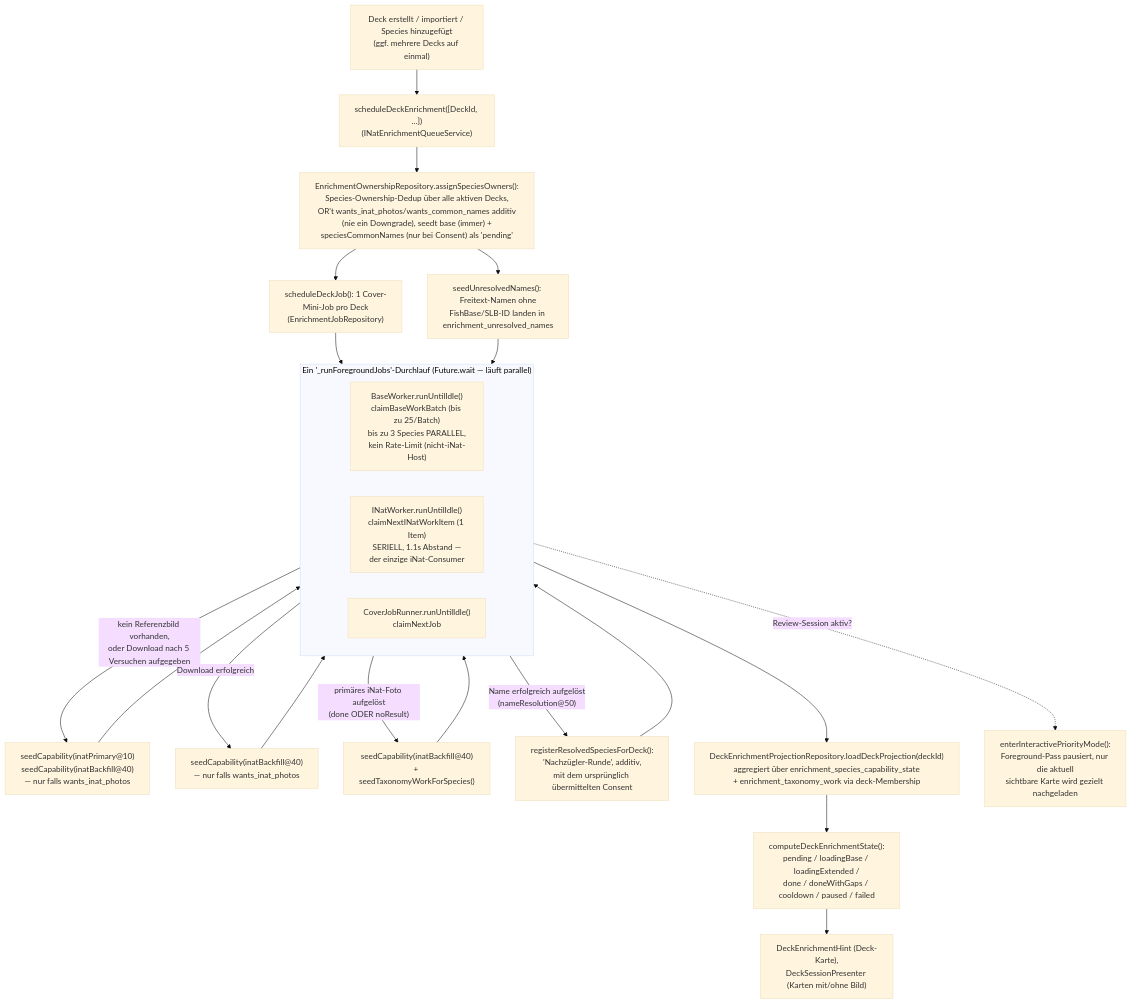
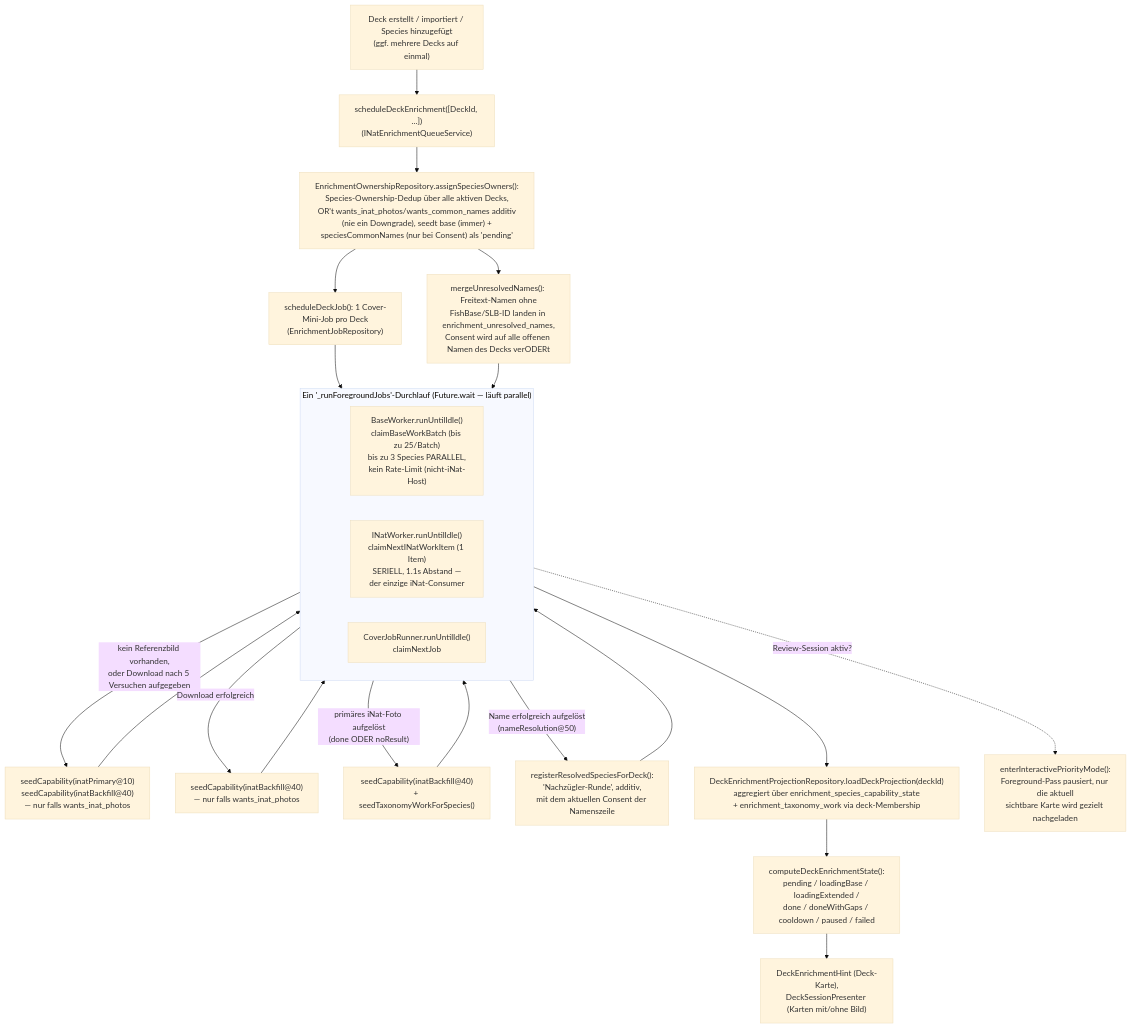
One commit to discere-app/discere changed the first of 2 diagrams in docs/enrichment.md. Above: the diagram before and after it, drawn with Mermaid (base theme). The commit also changed other lines of this file and 8 other files, not shown here.

First line of the commit message:
Zusage zu iNat-Daten erreicht auch die offenen Namen eines Decks

````diff
--- a/docs/enrichment.md
+++ b/docs/enrichment.md
@@ -19,33 +19,33 @@
 ```mermaid
 flowchart TD
     A["Deck erstellt / importiert / Species hinzugefügt<br/>(ggf. mehrere Decks auf einmal)"] --> B["scheduleDeckEnrichment([DeckId, ...])<br/>(INatEnrichmentQueueService)"]
     B --> OWN["EnrichmentOwnershipRepository.assignSpeciesOwners():<br/>Species-Ownership-Dedup über alle aktiven Decks,<br/>OR't wants_inat_photos/wants_common_names additiv<br/>(nie ein Downgrade), seedt base (immer) +<br/>speciesCommonNames (nur bei Consent) als 'pending'"]
     OWN --> COVER["scheduleDeckJob(): 1 Cover-Mini-Job pro Deck<br/>(EnrichmentJobRepository)"]
-    OWN --> UNRES["seedUnresolvedNames(): Freitext-Namen ohne<br/>FishBase/SLB-ID landen in enrichment_unresolved_names"]
+    OWN --> UNRES["mergeUnresolvedNames(): Freitext-Namen ohne<br/>FishBase/SLB-ID landen in enrichment_unresolved_names,<br/>Consent wird auf alle offenen Namen des Decks verODERt"]
 
     subgraph PASS ["Ein '_runForegroundJobs'-Durchlauf (Future.wait — läuft parallel)"]
         direction LR
         BW["BaseWorker.runUntilIdle()<br/>claimBaseWorkBatch (bis zu 25/Batch)<br/>bis zu 3 Species PARALLEL,<br/>kein Rate-Limit (nicht-iNat-Host)"]
         IW["INatWorker.runUntilIdle()<br/>claimNextINatWorkItem (1 Item)<br/>SERIELL, 1.1s Abstand —<br/>der einzige iNat-Consumer"]
         CJ["CoverJobRunner.runUntilIdle()<br/>claimNextJob"]
     end
 
     COVER --> PASS
     UNRES --> PASS
 
     BW -->|"kein Referenzbild vorhanden,<br/>oder Download nach 5 Versuchen aufgegeben"| SEED1["seedCapability(inatPrimary@10)<br/>seedCapability(inatBackfill@40)<br/>— nur falls wants_inat_photos"]
     BW -->|"Download erfolgreich"| SEED2["seedCapability(inatBackfill@40)<br/>— nur falls wants_inat_photos"]
     SEED1 --> IW
     SEED2 --> IW
 
     IW -->|"primäres iNat-Foto aufgelöst<br/>(done ODER noResult)"| SEED3["seedCapability(inatBackfill@40)<br/>+ seedTaxonomyWorkForSpecies()"]
-    IW -->|"Name erfolgreich aufgelöst<br/>(nameResolution@50)"| STRAG["registerResolvedSpeciesForDeck():<br/>'Nachzügler-Runde', additiv,<br/>mit dem ursprünglich übermittelten Consent"]
+    IW -->|"Name erfolgreich aufgelöst<br/>(nameResolution@50)"| STRAG["registerResolvedSpeciesForDeck():<br/>'Nachzügler-Runde', additiv,<br/>mit dem aktuellen Consent der Namenszeile"]
     SEED3 --> IW
     STRAG --> IW
 
     PASS --> PROJ["DeckEnrichmentProjectionRepository.loadDeckProjection(deckId)<br/>aggregiert über enrichment_species_capability_state<br/>+ enrichment_taxonomy_work via deck-Membership"]
     PROJ --> STATE["computeDeckEnrichmentState():<br/>pending / loadingBase / loadingExtended /<br/>done / doneWithGaps / cooldown / paused / failed"]
     STATE --> UI["DeckEnrichmentHint (Deck-Karte),<br/>DeckSessionPresenter (Karten mit/ohne Bild)"]
 
     PASS -.->|"Review-Session aktiv?"| INT["enterInteractivePriorityMode():<br/>Foreground-Pass pausiert, nur die aktuell<br/>sichtbare Karte wird gezielt nachgeladen"]
 ```
````
